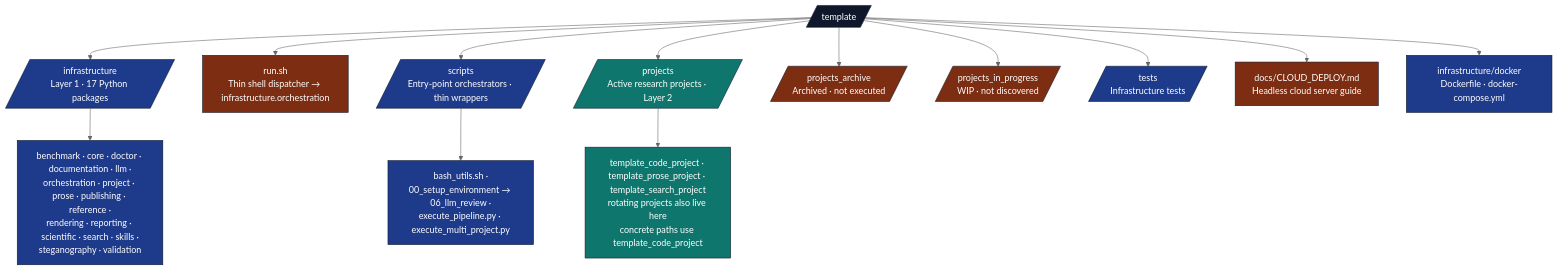
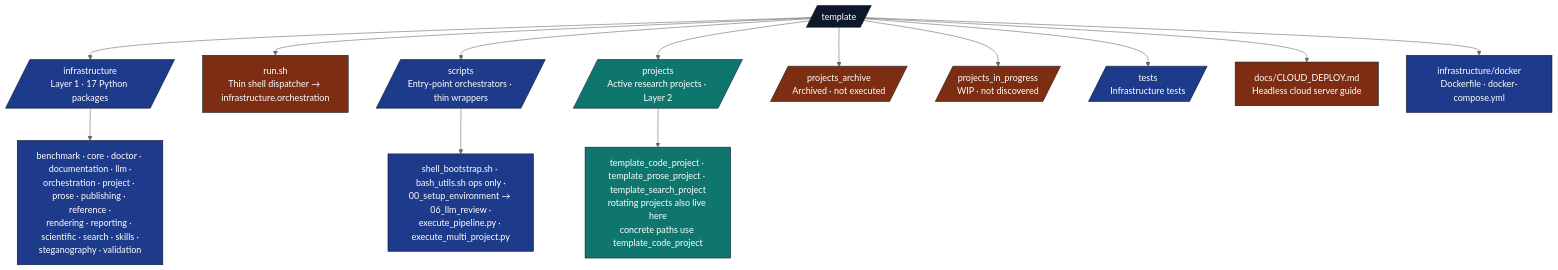
One commit to docxology/template changed the diagram in docs/PAI.md. Above: the diagram before and after it, drawn with Mermaid (neutral theme). The commit also changed other lines of this file and 488 other files, not shown here.

````diff
--- a/docs/PAI.md
+++ b/docs/PAI.md
@@ -69,28 +69,28 @@
 ```mermaid
 flowchart TB
     ROOT[/template/]
     ROOT --> INFRA[/infrastructure<br/>Layer 1 · 17 Python packages/]
     ROOT --> RUN[run.sh<br/>Thin shell dispatcher → infrastructure.orchestration]
     ROOT --> SCR[/scripts<br/>Entry-point orchestrators · thin wrappers/]
     ROOT --> PROJ[/projects<br/>Active research projects · Layer 2/]
     ROOT --> ARCH[/projects_archive<br/>Archived · not executed/]
     ROOT --> WIP[/projects_in_progress<br/>WIP · not discovered/]
     ROOT --> T[/tests<br/>Infrastructure tests/]
     ROOT --> DOCS[docs/CLOUD_DEPLOY.md<br/>Headless cloud server guide]
     ROOT --> DOCKER[infrastructure/docker<br/>Dockerfile · docker-compose.yml]
 
     INFRA --> INFRA_PKGS[benchmark · core · doctor · documentation · llm ·<br/>orchestration · project · prose · publishing · reference ·<br/>rendering · reporting · scientific · search · skills ·<br/>steganography · validation]
 
-    SCR --> SCR_FILES[bash_utils.sh ·<br/>00_setup_environment → 06_llm_review ·<br/>execute_pipeline.py · execute_multi_project.py]
+    SCR --> SCR_FILES[shell_bootstrap.sh · bash_utils.sh ops only ·<br/>00_setup_environment → 06_llm_review ·<br/>execute_pipeline.py · execute_multi_project.py]
 
     PROJ --> PROJ_F["template_code_project · template_prose_project · template_search_project<br/>rotating projects also live here<br/>concrete paths use template_code_project"]
 
     classDef root fill:#0f172a,stroke:#0f172a,color:#fff
     classDef l1 fill:#1e3a8a,stroke:#0f172a,color:#fff
     classDef l2 fill:#0f766e,stroke:#0f172a,color:#fff
     classDef gen fill:#7c2d12,stroke:#0f172a,color:#fff
     class ROOT root
     class INFRA,SCR,T,DOCKER,INFRA_PKGS,SCR_FILES l1
     class PROJ,PROJ_F l2
     class ARCH,WIP,DOCS,RUN gen
 ```
````
